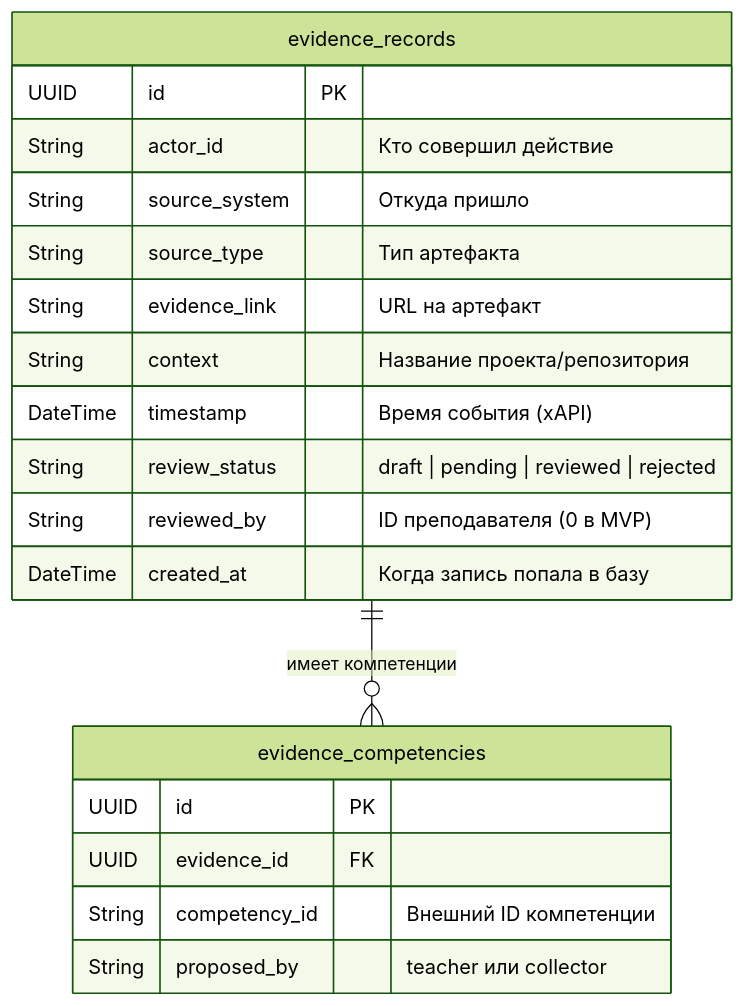
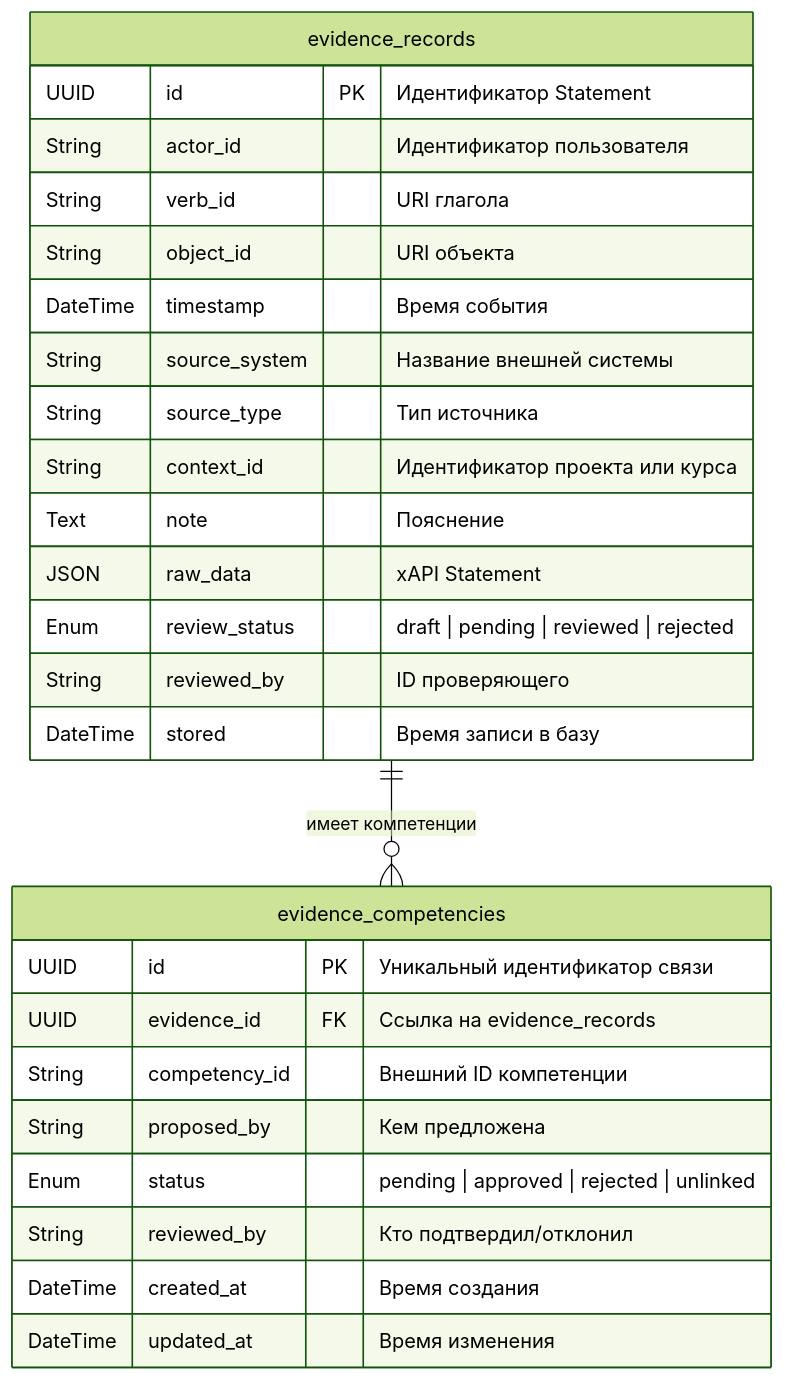
Before and after one commit to asutenshi/context-practice: the second of 3 diagrams in tech-diagrams.md, drawn with Mermaid (forest theme).

Commit message:
docs: update diagrams

````diff
--- a/tech-diagrams.md
+++ b/tech-diagrams.md
@@ -51,24 +51,31 @@
 ```mermaid
 erDiagram
     evidence_records {
-        UUID id PK
-        String actor_id "Кто совершил действие"
-        String source_system "Откуда пришло"
-        String source_type "Тип артефакта"
-        String evidence_link "URL на артефакт"
-        String context "Название проекта/репозитория"
-        DateTime timestamp "Время события (xAPI)"
-        String review_status "draft | pending | reviewed | rejected"
-        String reviewed_by "ID преподавателя (0 в MVP)"
-        DateTime created_at "Когда запись попала в базу"
+        UUID id PK "Идентификатор Statement"
+        String actor_id "Идентификатор пользователя"
+        String verb_id "URI глагола"
+        String object_id "URI объекта"
+        DateTime timestamp "Время события"
+        String source_system "Название внешней системы"
+        String source_type "Тип источника"
+        String context_id "Идентификатор проекта или курса"
+        Text note "Пояснение"
+        JSON raw_data "xAPI Statement"
+        Enum review_status "draft | pending | reviewed | rejected"
+        String reviewed_by "ID проверяющего"
+        DateTime stored "Время записи в базу"
     }
 
     evidence_competencies {
-        UUID id PK
-        UUID evidence_id FK
+        UUID id PK "Уникальный идентификатор связи"
+        UUID evidence_id FK "Ссылка на evidence_records"
         String competency_id "Внешний ID компетенции"
-        String proposed_by "teacher или collector"
+        String proposed_by "Кем предложена"
+        Enum status "pending | approved | rejected | unlinked"
+        String reviewed_by "Кто подтвердил/отклонил"
+        DateTime created_at "Время создания"
+        DateTime updated_at "Время изменения"
     }
 
     evidence_records ||--o{ evidence_competencies : "имеет компетенции"
 ```
````
